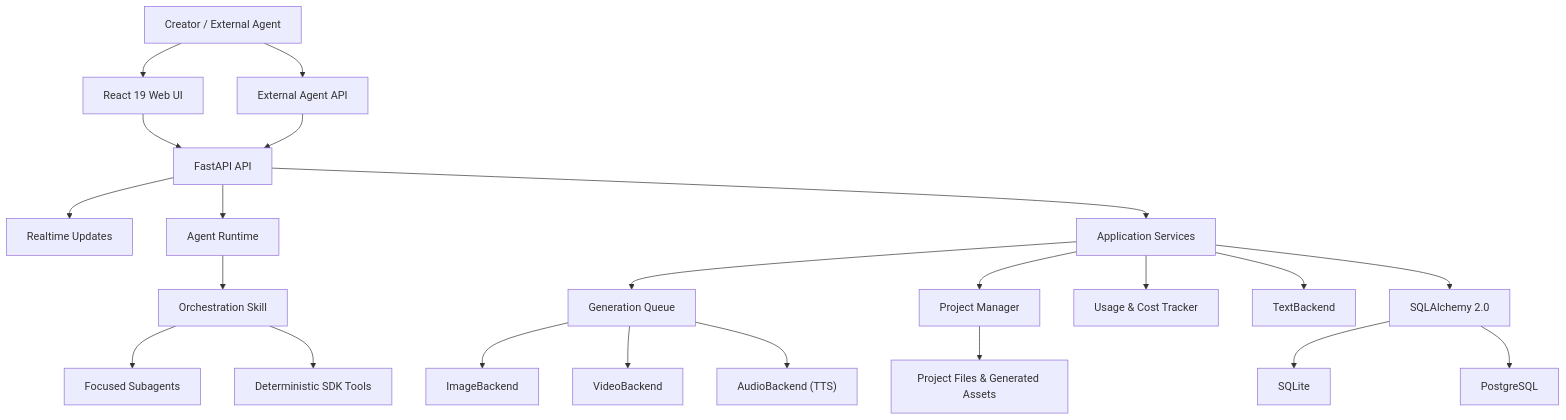
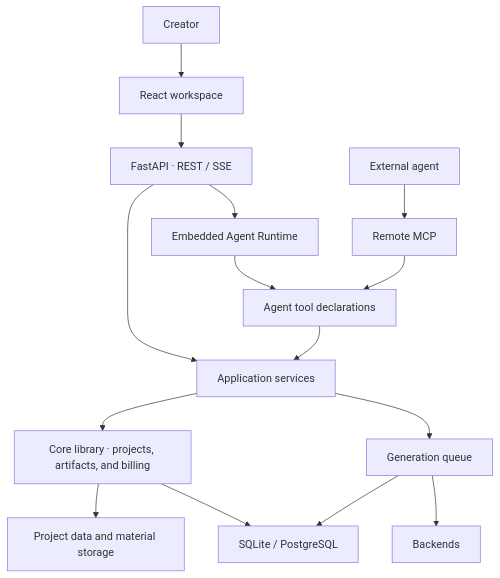
One commit to ArcReel/ArcReel changed the diagram in website/i18n/en/docusaurus-plugin-content-docs/current/dev/architecture.md. Above: the diagram before and after it, drawn with Mermaid. The commit also changed other lines of this file and 290 other files, not shown here.

````diff
--- a/website/i18n/en/docusaurus-plugin-content-docs/current/dev/architecture.md
+++ b/website/i18n/en/docusaurus-plugin-content-docs/current/dev/architecture.md
@@ -26,30 +15,17 @@
 ```mermaid
 flowchart TB
-    USER["Creator / External Agent"] --> UI["React 19 Web UI"]
-    USER --> EXT["External Agent API"]
-
-    UI --> API["FastAPI API"]
-    EXT --> API
-
-    API --> SSE["Realtime Updates"]
-    API --> AGENT["Agent Runtime"]
-    API --> SERVICES["Application Services"]
-
-    AGENT --> ORCH["Orchestration Skill"]
-    ORCH --> SUB["Focused Subagents"]
-    ORCH --> TOOLS["Deterministic SDK Tools"]
-
-    SERVICES --> QUEUE["Generation Queue"]
-    SERVICES --> PROJECTS["Project Manager"]
-    SERVICES --> USAGE["Usage & Cost Tracker"]
-
-    SERVICES --> TEXT["TextBackend"]
-    QUEUE --> IMAGE["ImageBackend"]
-    QUEUE --> VIDEO["VideoBackend"]
-    QUEUE --> TTS["AudioBackend (TTS)"]
-
-    PROJECTS --> FILES["Project Files & Generated Assets"]
-    SERVICES --> ORM["SQLAlchemy 2.0"]
-    ORM --> SQLITE["SQLite"]
-    ORM --> PG["PostgreSQL"]
+    CREATOR["Creator"] --> UI["React workspace"]
+    UI --> API["FastAPI · REST / SSE"]
+    EXTERNAL["External agent"] --> MCP["Remote MCP"]
+    API --> AGENT["Embedded Agent Runtime"]
+    AGENT --> TOOLS["Agent tool declarations"]
+    MCP --> TOOLS
+    API --> SERVICES["Application services"]
+    TOOLS --> SERVICES
+    SERVICES --> CORE["Core library · projects, artifacts, and billing"]
+    SERVICES --> QUEUE["Generation queue"]
+    QUEUE --> CALLS["Backends"]
+    CORE --> FILES["Project data and material storage"]
+    CORE --> DB["SQLite / PostgreSQL"]
+    QUEUE --> DB
 ```
````
